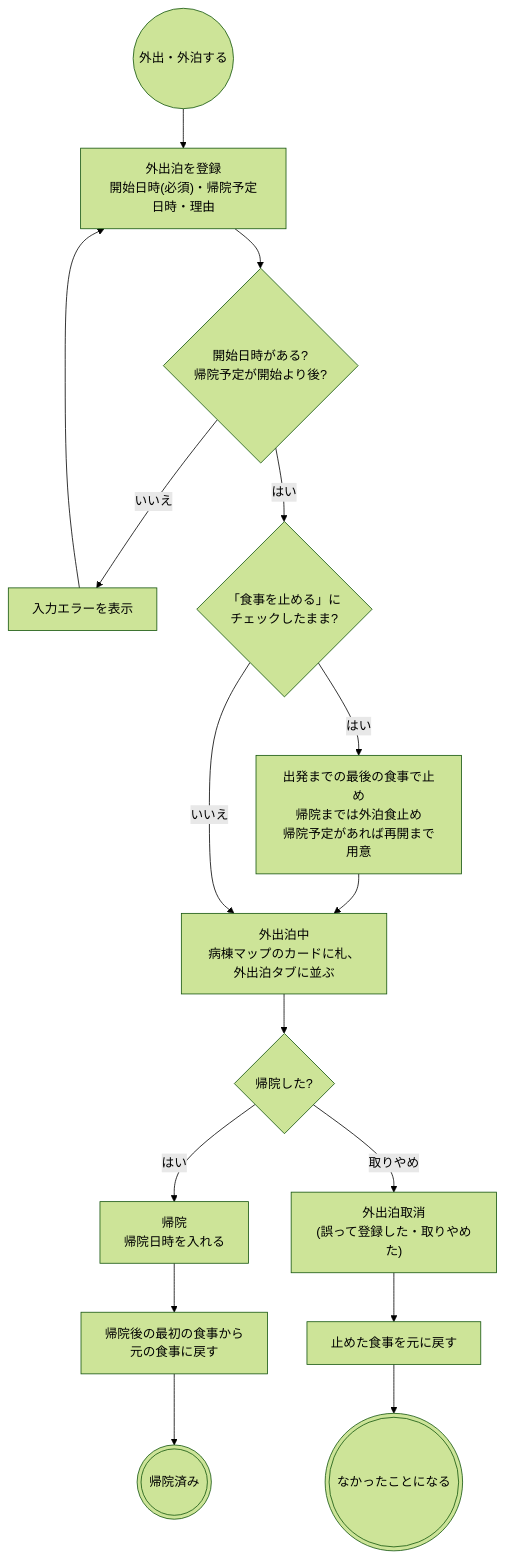
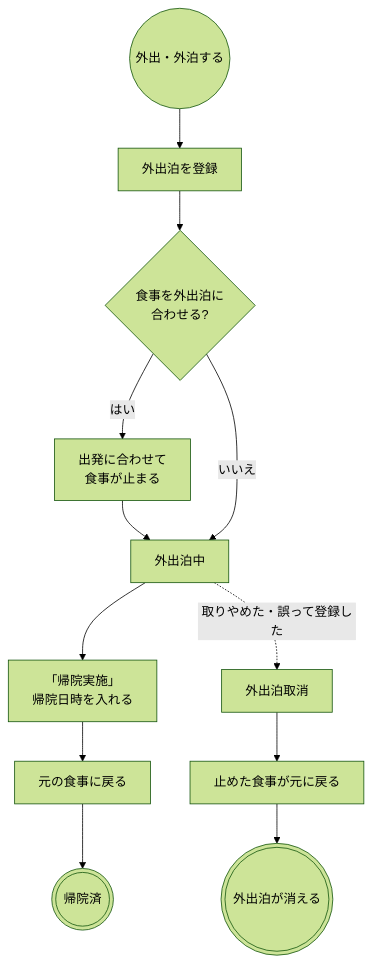
The sixth of 8 diagrams in docs/flows/admission-discharge.md (ysnr-dev/fhir-client-docs), drawn with Mermaid (forest theme) before and after one commit. The commit also changed other lines of this file and 43 other files, not shown here.

Commit message:
docs: 業務フローとシーケンス図を写し直し

````diff
--- a/docs/flows/admission-discharge.md
+++ b/docs/flows/admission-discharge.md
@@ -191,26 +290,20 @@
 ```mermaid
 flowchart TD
   start(("外出・外泊する"))
-  form["外出泊を登録<br/>開始日時(必須)・帰院予定日時・理由"]
-  check{"開始日時がある?<br/>帰院予定が開始より後?"}
-  error["入力エラーを表示"]
-  meal{"「食事を止める」に<br/>チェックしたまま?"}
-  stop["出発までの最後の食事で止め<br/>帰院までは外泊食止め<br/>帰院予定があれば再開まで用意"]
-  saved["外出泊中<br/>病棟マップのカードに札、外出泊タブに並ぶ"]
-  back{"帰院した?"}
-  ret["帰院<br/>帰院日時を入れる"]
-  resume["帰院後の最初の食事から<br/>元の食事に戻す"]
-  cancel["外出泊取消<br/>(誤って登録した・取りやめた)"]
-  restore["止めた食事を元に戻す"]
-  done((("帰院済み")))
-  gone((("なかったことになる")))
+  form["外出泊を登録"]
+  meal{"食事を外出泊に<br/>合わせる?"}
+  stop["出発に合わせて<br/>食事が止まる"]
+  saved["外出泊中"]
+  ret["「帰院実施」<br/>帰院日時を入れる"]
+  resume["元の食事に戻る"]
+  cancel["外出泊取消"]
+  restore["止めた食事が元に戻る"]
+  done((("帰院済")))
+  gone((("外出泊が消える")))
 
-  start --> form --> check
-  check -- "いいえ" --> error --> form
-  check -- "はい" --> meal
+  start --> form --> meal
   meal -- "はい" --> stop --> saved
   meal -- "いいえ" --> saved
-  saved --> back
-  back -- "はい" --> ret --> resume --> done
-  back -- "取りやめ" --> cancel --> restore --> gone
+  saved --> ret --> resume --> done
+  saved -. "取りやめた・誤って登録した" .-> cancel --> restore --> gone
 ```
````
